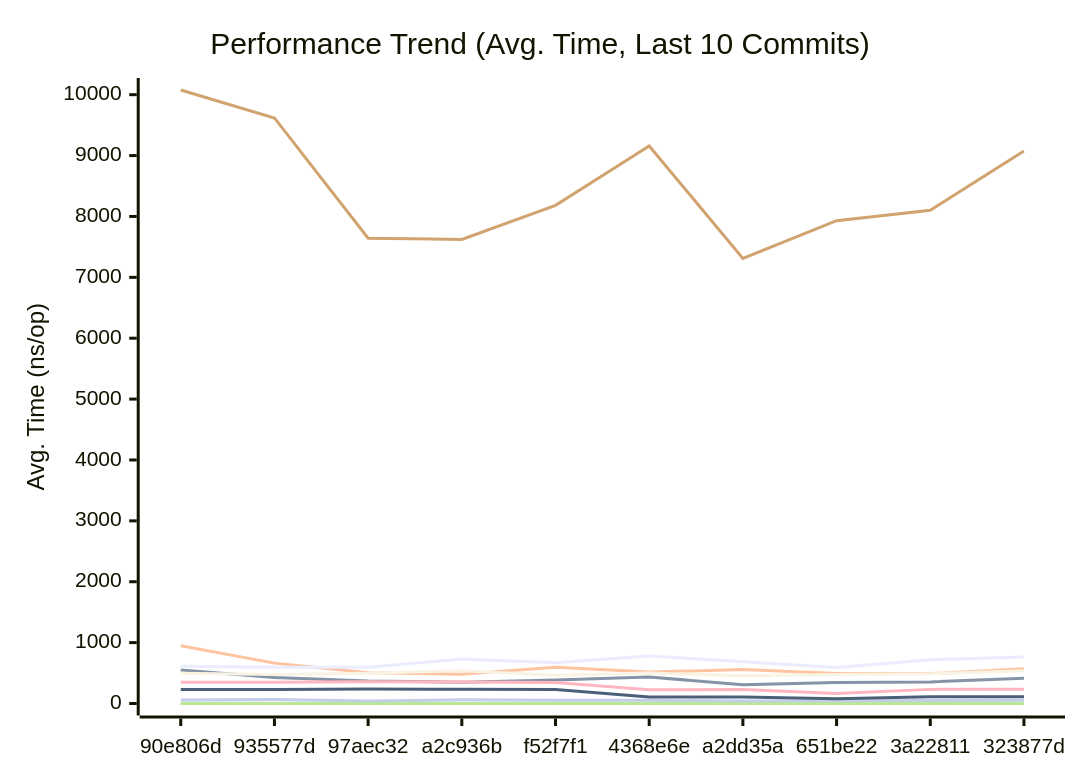
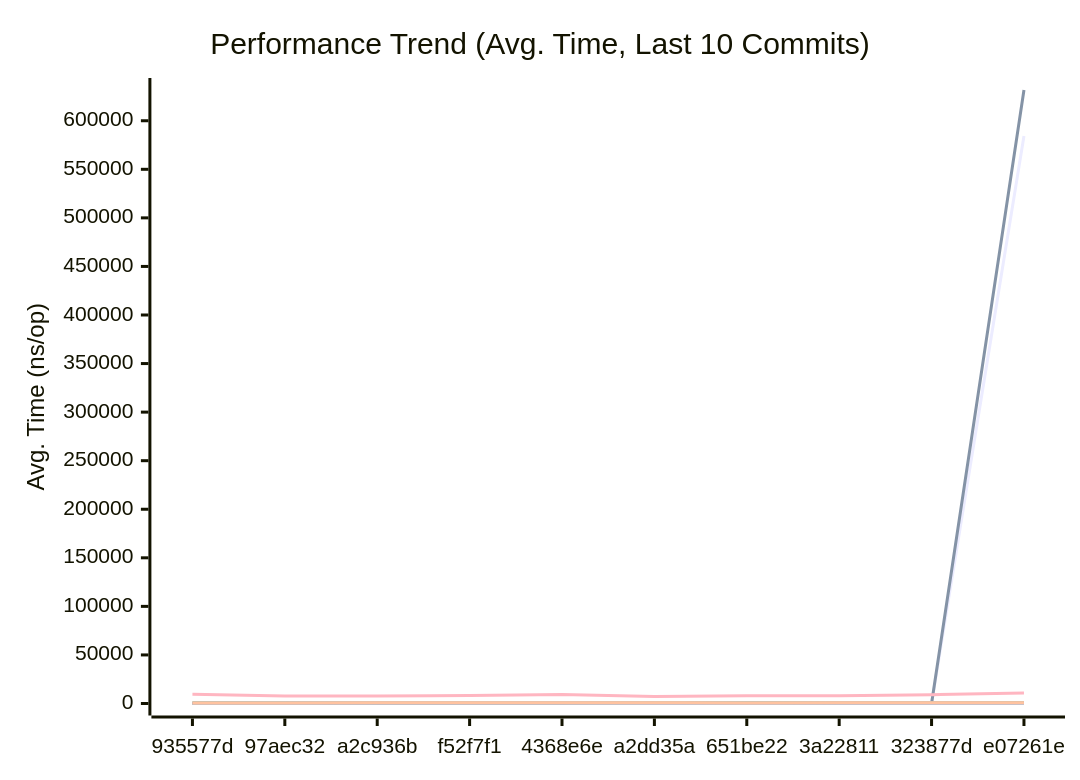
Before and after one commit to alsotoes/momo: the first of 3 diagrams in docs/PERFORMANCE.md, drawn with Mermaid. The commit also changed other lines of this file and 10 other files, not shown here.

````diff
--- a/docs/PERFORMANCE.md
+++ b/docs/PERFORMANCE.md
@@ -128,18 +143,20 @@
 ```mermaid
 xychart-beta
     title "Performance Trend (Avg. Time, Last 10 Commits)"
     x-axis "Commit"
     y-axis "Avg. Time (ns/op)"
-    x-axis [90e806d,935577d,97aec32,a2c936b,f52f7f1,4368e6e,a2dd35a,651be22,3a22811,323877d]
-    line "CheckMetricsAndSwap" [11,10,9,8,10,9,10,9,10,10]
-    line "CrushOptimized" [549,426,370,350,388,436,307,344,355,415]
-    line "CrushOriginal" [949,663,507,479,594,516,557,494,491,570]
+    x-axis [935577d,97aec32,a2c936b,f52f7f1,4368e6e,a2dd35a,651be22,3a22811,323877d,e07261e]
+    line "AWSChunkedReaderSigned" [0,0,0,0,0,0,0,0,0,584226]
+    line "AWSChunkedReaderUnsigned" [0,0,0,0,0,0,0,0,0,631654]
+    line "CheckMetricsAndSwap" [10,9,8,10,9,10,9,10,10,9]
+    line "CrushOptimized" [426,370,350,388,436,307,344,355,415,439]
+    line "CrushOriginal" [663,507,479,594,516,557,494,491,570,664]
     line "IndexDirectTracking" [0,0,0,0,0,0,0,0,0,0]
     line "IndexSearch" [2,2,2,2,2,2,2,2,2,2]
-    line "LoadGlobalConfig" [10077,9618,7642,7622,8182,9158,7310,7930,8102,9075]
-    line "PadString" [56,64,43,60,54,52,40,46,49,53]
+    line "LoadGlobalConfig" [9618,7642,7622,8182,9158,7310,7930,8102,9075,10900]
+    line "PadString" [64,43,60,54,52,40,46,49,53,64]
     line "ParseReplicationOrder_NoPrealloc" [350,349,357,354,345,225,229,165,232,234]
     line "ParseReplicationOrder_Prealloc" [229,231,237,234,229,108,107,80,110,109]
-    line "SanitizeLog/Safe" [497,475,497,537,464,500,456,475,487,537]
-    line "SanitizeLog/Unsafe" [610,596,597,732,668,782,686,592,720,762]
+    line "SanitizeLog/Safe" [475,497,537,464,500,456,475,487,537,496]
+    line "SanitizeLog/Unsafe" [596,597,732,668,782,686,592,720,762,826]
 ```
````
